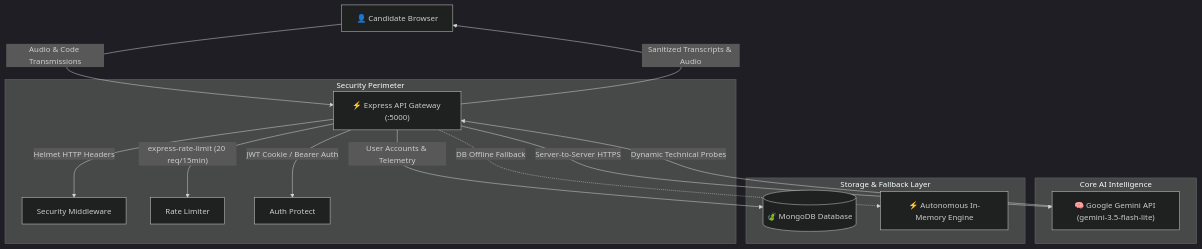
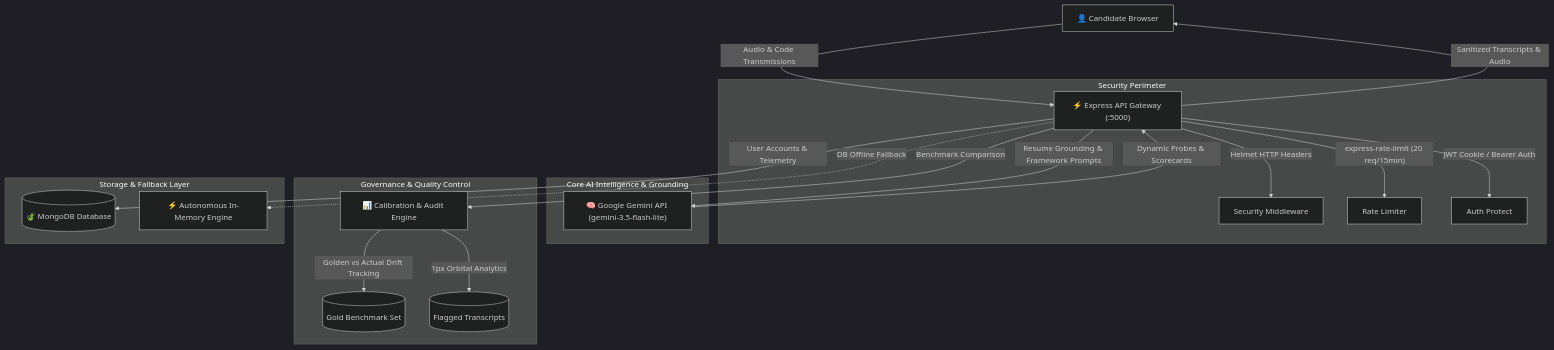
One commit to Sayan-stg/hire-ready changed the diagram in ai interview trainer/README.md. Above: the diagram before and after it, drawn with Mermaid (dark theme). The commit also changed other lines of this file and 1 other file, not shown here.

Commit message:
docs: update README with Specialization Panel (Phase 4) and QC & Admin Dashboard (Phase 5)

````diff
--- a/ai interview trainer/README.md
+++ b/ai interview trainer/README.md
@@ -180,22 +216,28 @@
 ```mermaid
 graph TD
     User["👤 Candidate Browser"] -->|"Audio & Code Transmissions"| Gateway["⚡ Express API Gateway (:5000)"]
     
     subgraph Security Perimeter
         Gateway -->|"Helmet HTTP Headers"| Sec1["Security Middleware"]
         Gateway -->|"express-rate-limit (20 req/15min)"| Sec2["Rate Limiter"]
         Gateway -->|"JWT Cookie / Bearer Auth"| Sec3["Auth Protect"]
     end
 
-    subgraph Core AI Intelligence
-        Gateway -->|"Server-to-Server HTTPS"| Gemini["🧠 Google Gemini API (gemini-3.5-flash-lite)"]
-        Gemini -->|"Dynamic Technical Probes"| Gateway
+    subgraph Core AI Intelligence & Grounding
+        Gateway -->|"Resume Grounding & Framework Prompts"| Gemini["🧠 Google Gemini API (gemini-3.5-flash-lite)"]
+        Gemini -->|"Dynamic Probes & Scorecards"| Gateway
+    end
+
+    subgraph Governance & Quality Control
+        Gateway -->|"Benchmark Comparison"| Admin["📊 Calibration & Audit Engine"]
+        Admin -->|"Golden vs Actual Drift Tracking"| Calib[("Gold Benchmark Set")]
+        Admin -->|"1px Orbital Analytics"| Flagged[("Flagged Transcripts")]
     end
 
     subgraph Storage & Fallback Layer
         Gateway -->|"User Accounts & Telemetry"| Mongo[("🍃 MongoDB Database")]
         Gateway -.->|"DB Offline Fallback"| InMem["⚡ Autonomous In-Memory Engine"]
     end
 
     Gateway -->|"Sanitized Transcripts & Audio"| User
 ```
````
